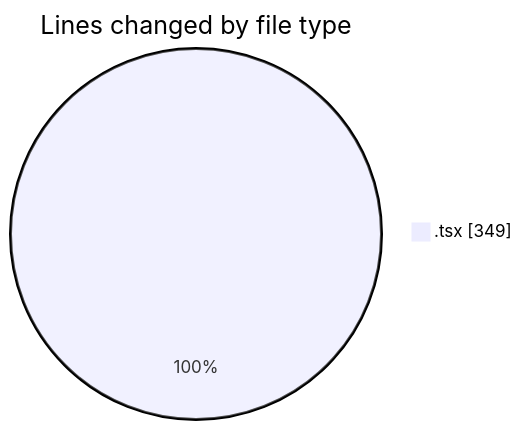
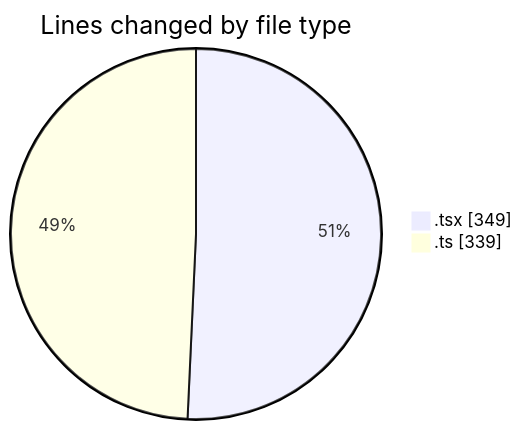
One commit to momahboobian/code-tracking changed the first of 2 diagrams in 2025-07-08/cda/README.md. Above: the diagram before and after it, drawn with Mermaid. The commit also changed other lines of this file and 1 other file, not shown here.

````diff
--- a/2025-07-08/cda/README.md
+++ b/2025-07-08/cda/README.md
@@ -23,5 +24,6 @@
 ```mermaid
 pie showData
 title Lines changed by file type
 ".tsx" : 349
+".ts" : 339
 ```
````
